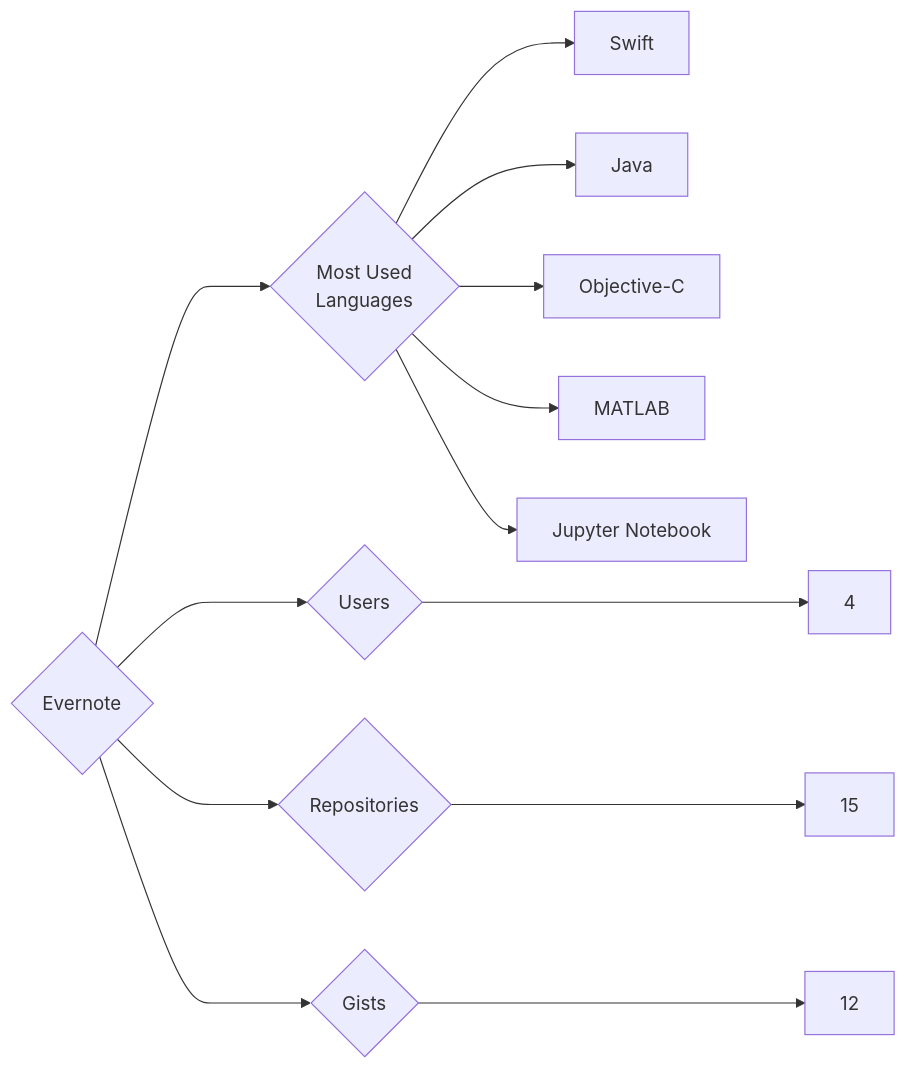
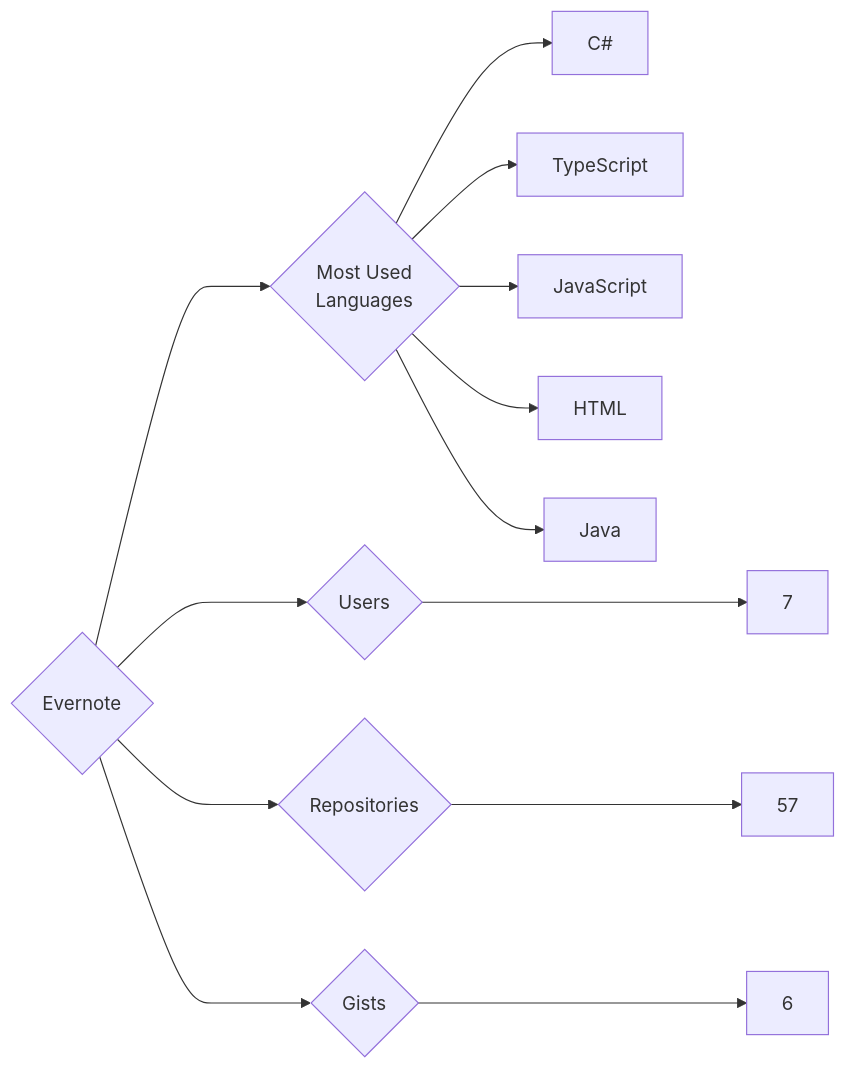
The diagram in targets/Evernote/README.md (trickest/insiders), drawn with Mermaid before and after one commit. The commit also changed 1141 other files, not shown here.

````diff
--- a/targets/Evernote/README.md
+++ b/targets/Evernote/README.md
@@ -3,13 +3,13 @@
 ```mermaid
 graph LR
 COMPANY_NAME{Evernote}
-COMPANY_NAME ---> U{Users} ---> UN[4]
-COMPANY_NAME ---> R{Repositories} ---> RN[15]
-COMPANY_NAME ---> G{Gists} ---> GN[12]
+COMPANY_NAME ---> U{Users} ---> UN[7]
+COMPANY_NAME ---> R{Repositories} ---> RN[57]
+COMPANY_NAME ---> G{Gists} ---> GN[6]
 COMPANY_NAME ---> ML{Most Used<br>Languages}
-ML --> Swift[Swift]
+ML --> C#[C#]
+ML --> TypeScript[TypeScript]
+ML --> JavaScript[JavaScript]
+ML --> HTML[HTML]
 ML --> Java[Java]
-ML --> Objective-C[Objective-C]
-ML --> MATLAB[MATLAB]
-ML --> Jupyter_Notebook[Jupyter Notebook]
 ```
````
